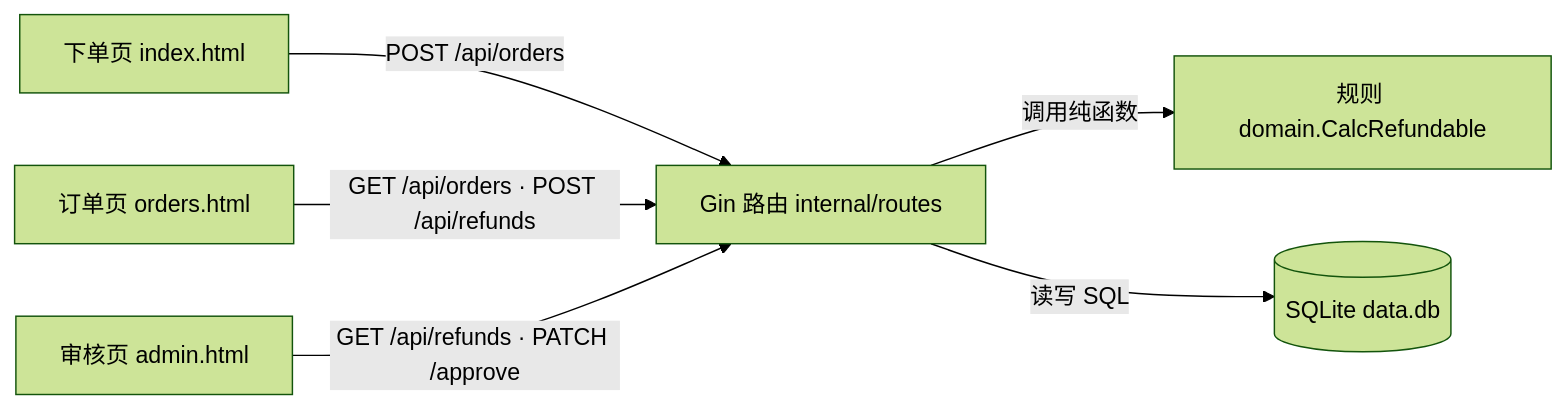
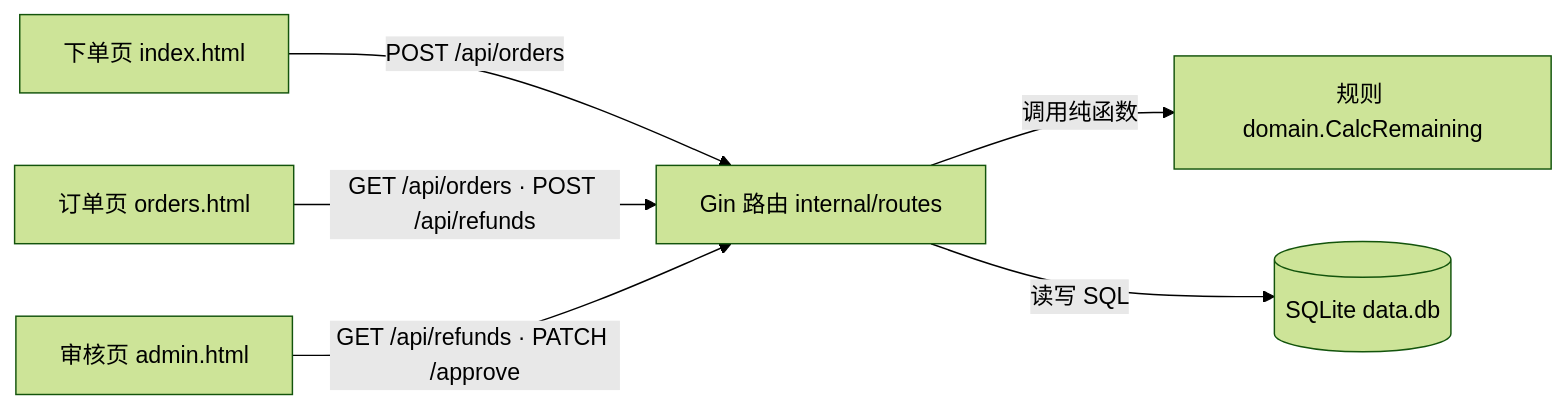
The diagram in docs/code-map.md (pchuan837-lab/vibe-coding-refund-shop), drawn with Mermaid (forest theme) before and after one commit. The commit also changed other lines of this file and 5 other files, not shown here.

Commit message:
docs(refund-shop): 方案B T-08 docs 对齐 - 教学速查改 CalcRemaining + spec 修订说明 + NFR-7 配方

````diff
--- a/docs/code-map.md
+++ b/docs/code-map.md
@@ -11,8 +11,8 @@
 ```mermaid
 flowchart LR
     U1[下单页 index.html] -->|POST /api/orders| R[Gin 路由 internal/routes]
     U2[订单页 orders.html] -->|GET /api/orders · POST /api/refunds| R
     U3[审核页 admin.html] -->|GET /api/refunds · PATCH /approve| R
-    R -->|调用纯函数| D[规则 domain.CalcRefundable]
+    R -->|调用纯函数| D[规则 domain.CalcRemaining]
     R -->|读写 SQL| DB[(SQLite data.db)]
 ```
````
